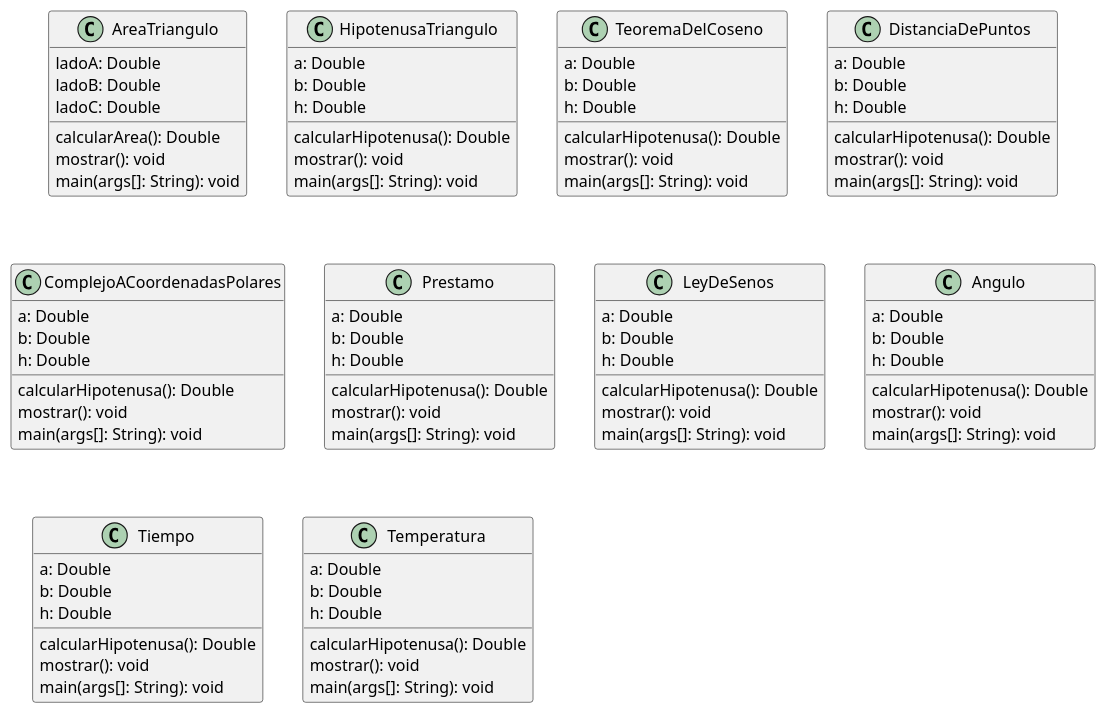
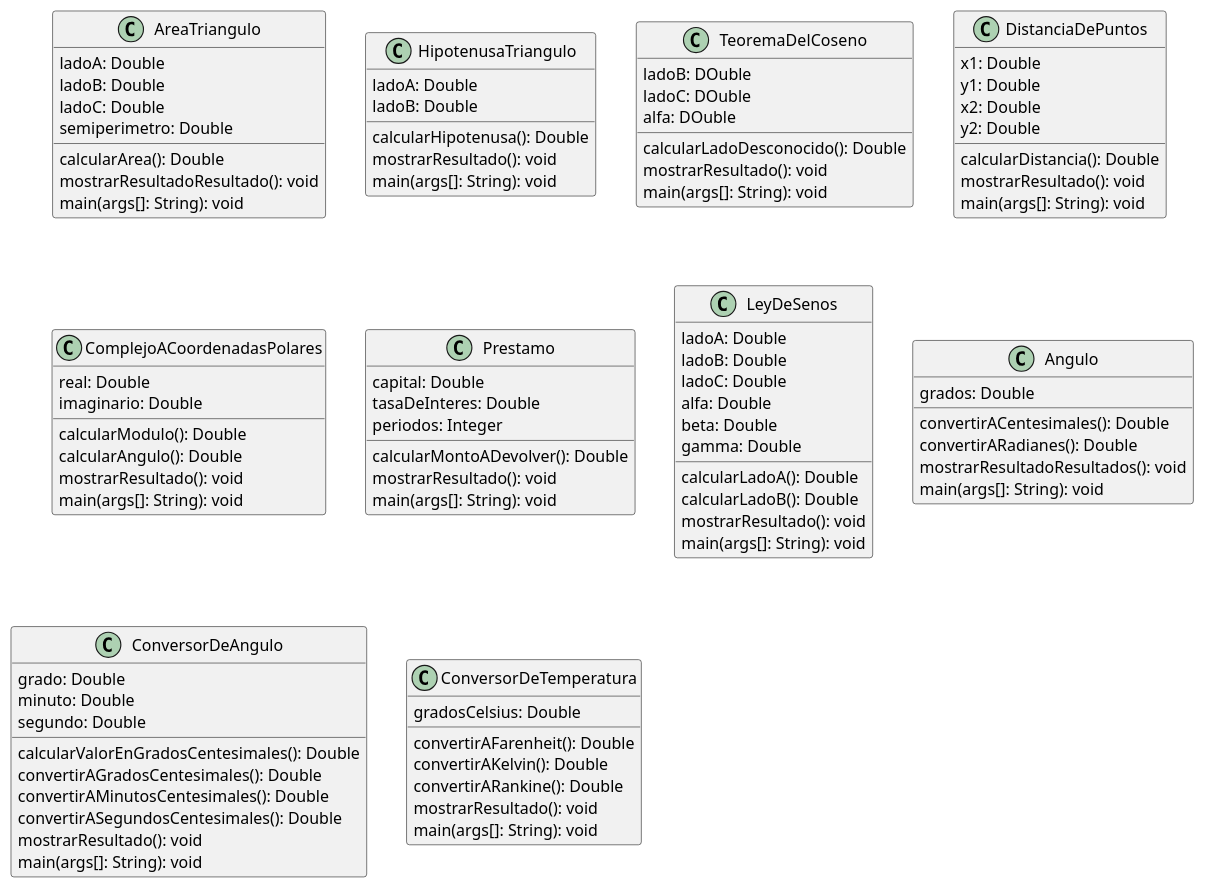
One commit to wilmervasquez/learn-java-practice-1 changed the diagram in entidades.plantuml. Above: the diagram before and after it, drawn with PlantUML. The commit also changed 5 other files, not shown here.

```diff
--- a/entidades.plantuml
+++ b/entidades.plantuml
@@ -1,97 +1,104 @@
 @startuml y
 ' 1.11
 class AreaTriangulo {
   ladoA: Double
   ladoB: Double
   ladoC: Double
+  semiperimetro: Double
   calcularArea(): Double
-  mostrar(): void
+  mostrarResultadoResultado(): void
   main(args[]: String): void
 }
 
 ' 1.12
 class HipotenusaTriangulo {
-  a: Double
-  b: Double
-  h: Double
+  ladoA: Double
+  ladoB: Double
   calcularHipotenusa(): Double
-  mostrar(): void
+  mostrarResultado(): void
   main(args[]: String): void
 }
 ' 1.13
 class TeoremaDelCoseno {
-  a: Double
-  b: Double
-  h: Double
-  calcularHipotenusa(): Double
-  mostrar(): void
+  ladoB: DOuble
+  ladoC: DOuble
+  alfa: DOuble
+  calcularLadoDesconocido(): Double
+  mostrarResultado(): void
   main(args[]: String): void
 }
 
 ' 1.14
 class DistanciaDePuntos {
-  a: Double
-  b: Double
-  h: Double
-  calcularHipotenusa(): Double
-  mostrar(): void
+  x1: Double
+  y1: Double
+  x2: Double
+  y2: Double
+  calcularDistancia(): Double
+  mostrarResultado(): void
   main(args[]: String): void
 }
 
 ' 1.15
 class ComplejoACoordenadasPolares {
-  a: Double
-  b: Double
-  h: Double
-  calcularHipotenusa(): Double
-  mostrar(): void
+  real: Double
+  imaginario: Double
+  calcularModulo(): Double
+  calcularAngulo(): Double
+  mostrarResultado(): void
   main(args[]: String): void
 }
 ' 1.16
 class Prestamo {
-  a: Double
-  b: Double
-  h: Double
-  calcularHipotenusa(): Double
-  mostrar(): void
+  capital: Double
+  tasaDeInteres: Double
+  periodos: Integer
+  calcularMontoADevolver(): Double
+  mostrarResultado(): void
   main(args[]: String): void
 }
 ' 1.17
 class LeyDeSenos {
-  a: Double
-  b: Double
-  h: Double
-  calcularHipotenusa(): Double
-  mostrar(): void
+  ladoA: Double
+  ladoB: Double
+  ladoC: Double
+  alfa: Double
+  beta: Double
+  gamma: Double
+  calcularLadoA(): Double 
+  calcularLadoB(): Double 
+  mostrarResultado(): void
   main(args[]: String): void
 }
 
 ' 1.18
 class Angulo {
-  a: Double
-  b: Double
-  h: Double
-  calcularHipotenusa(): Double
-  mostrar(): void
+  grados: Double
+  convertirACentesimales(): Double
+  convertirARadianes(): Double
+  mostrarResultadoResultados(): void
   main(args[]: String): void
 }
 
 ' 1.19
-class Tiempo {
-  a: Double
-  b: Double
-  h: Double
-  calcularHipotenusa(): Double
-  mostrar(): void
+class ConversorDeAngulo {
+  grado: Double 
+  minuto: Double
+  segundo: Double
+  calcularValorEnGradosCentesimales(): Double
+  convertirAGradosCentesimales(): Double
+  convertirAMinutosCentesimales(): Double
+  convertirASegundosCentesimales(): Double
+  mostrarResultado(): void
   main(args[]: String): void
 }
 ' 1.20
-class Temperatura {
-  a: Double
-  b: Double
-  h: Double
-  calcularHipotenusa(): Double
-  mostrar(): void
+class ConversorDeTemperatura {
+  gradosCelsius: Double
+  convertirAFarenheit(): Double
+  convertirAKelvin(): Double
+  convertirARankine(): Double
+  mostrarResultado(): void
   main(args[]: String): void
 }
 @enduml
```
